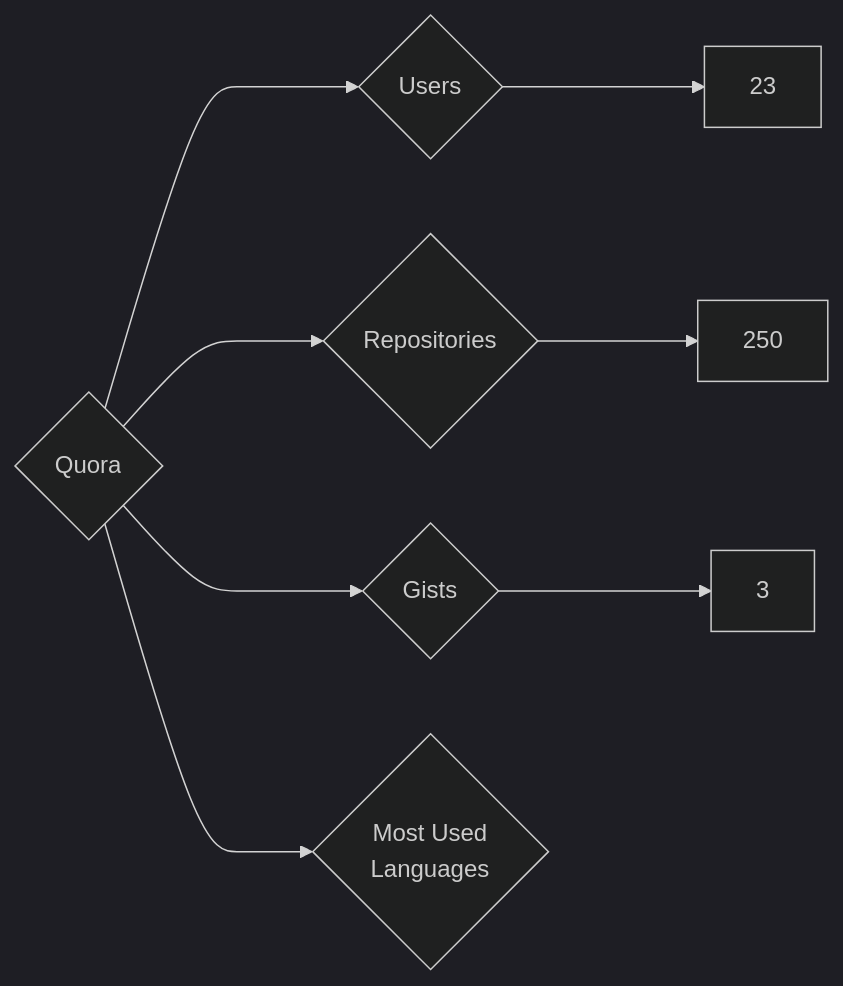
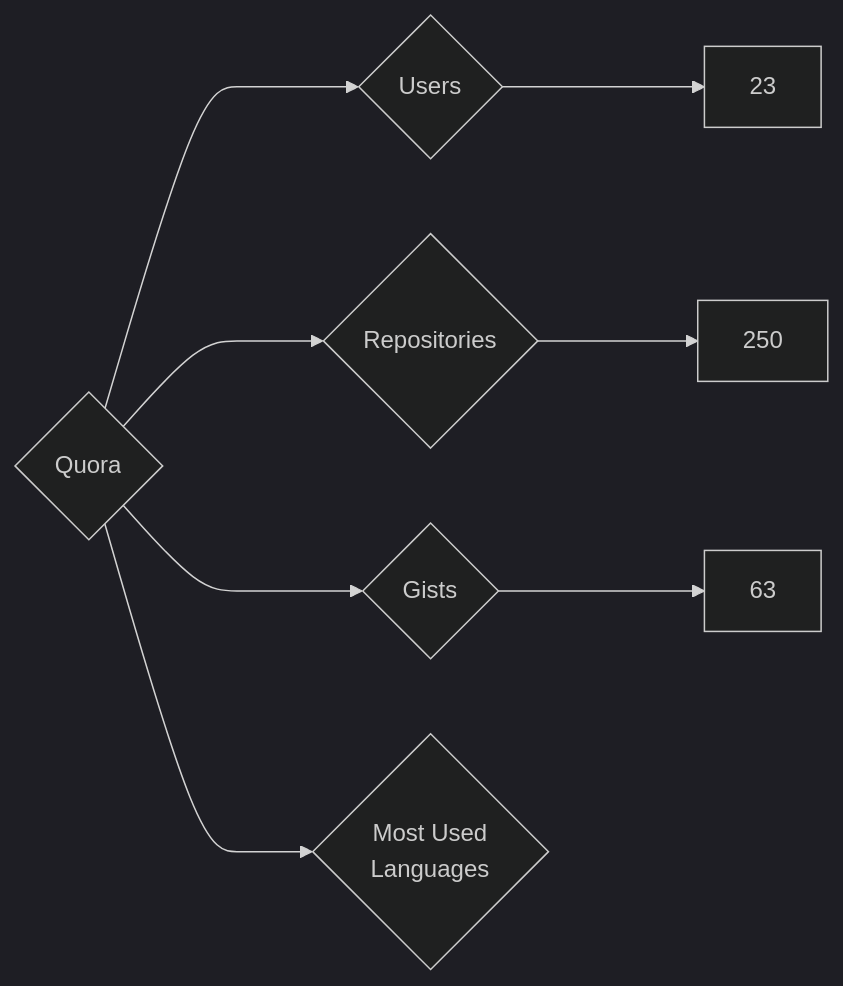
One commit to nenadzaric/insiders changed the diagram in targets/Quora/README.md. Above: the diagram before and after it, drawn with Mermaid (dark theme). The commit also changed 1342 other files, not shown here.

````diff
--- a/targets/Quora/README.md
+++ b/targets/Quora/README.md
@@ -3,8 +3,8 @@
 ```mermaid
 graph LR
 COMPANY_NAME{Quora}
 COMPANY_NAME ---> U{Users} ---> UN[23]
 COMPANY_NAME ---> R{Repositories} ---> RN[250]
-COMPANY_NAME ---> G{Gists} ---> GN[3]
+COMPANY_NAME ---> G{Gists} ---> GN[63]
 COMPANY_NAME ---> ML{Most Used<br>Languages}
 ```
````
